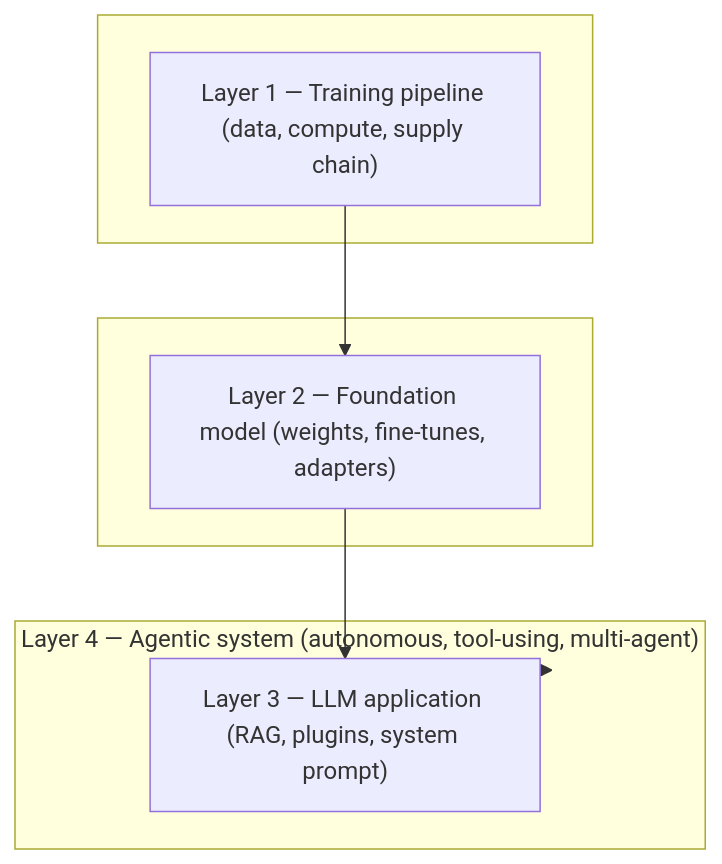
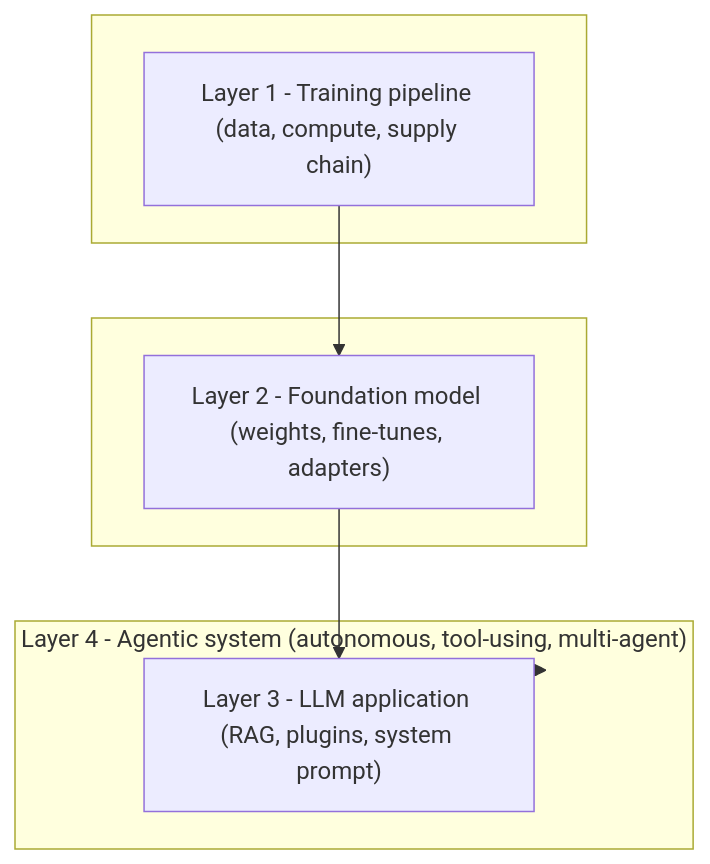
One commit to BrettCrawley/elevation-of-autonomy changed the first of 8 diagrams in threat-modelling-ai-llm-agentic.md. Above: the diagram before and after it, drawn with Mermaid. The commit also changed other lines of this file and 16 other files, not shown here.

````diff
--- a/threat-modelling-ai-llm-agentic.md
+++ b/threat-modelling-ai-llm-agentic.md
@@ -9,13 +9,13 @@
 ```mermaid
 flowchart TB
-    subgraph L4["Layer 4 — Agentic system (autonomous, tool-using, multi-agent)"]
-        L3["Layer 3 — LLM application (RAG, plugins, system prompt)"]
+    subgraph L4["Layer 4 - Agentic system (autonomous, tool-using, multi-agent)"]
+        L3["Layer 3 - LLM application (RAG, plugins, system prompt)"]
     end
     subgraph L3box[" "]
-        L2["Layer 2 — Foundation model (weights, fine-tunes, adapters)"]
+        L2["Layer 2 - Foundation model (weights, fine-tunes, adapters)"]
     end
     subgraph L2box[" "]
-        L1["Layer 1 — Training pipeline (data, compute, supply chain)"]
+        L1["Layer 1 - Training pipeline (data, compute, supply chain)"]
     end
     L1 --> L2 --> L3 --> L4
 ```
````
